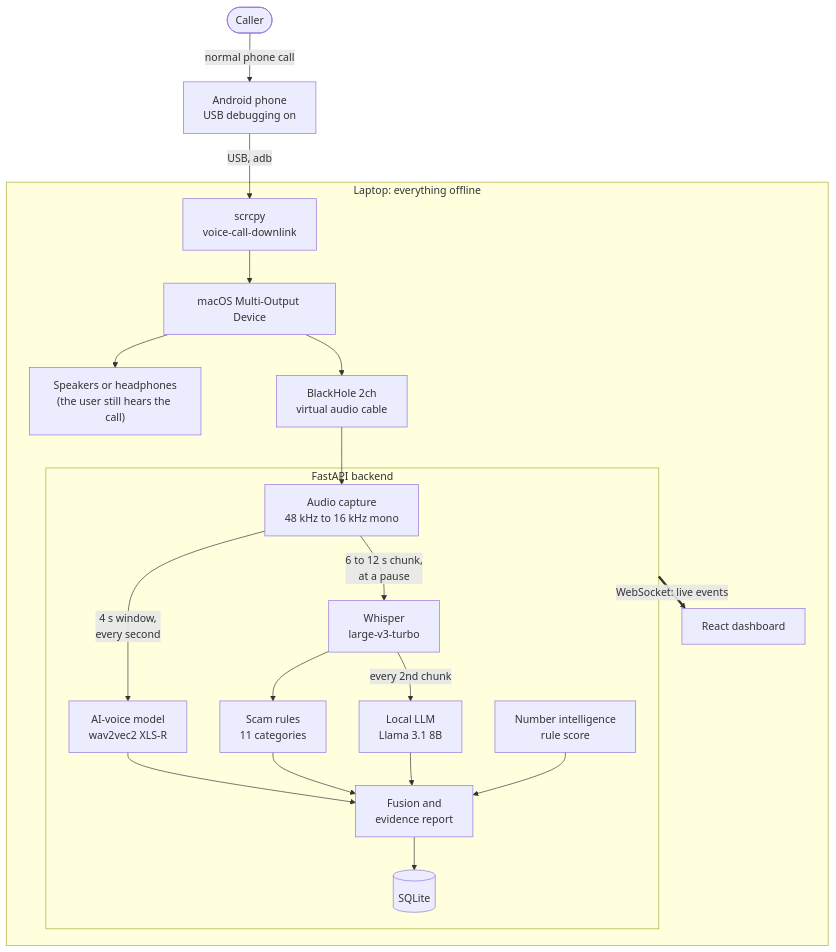
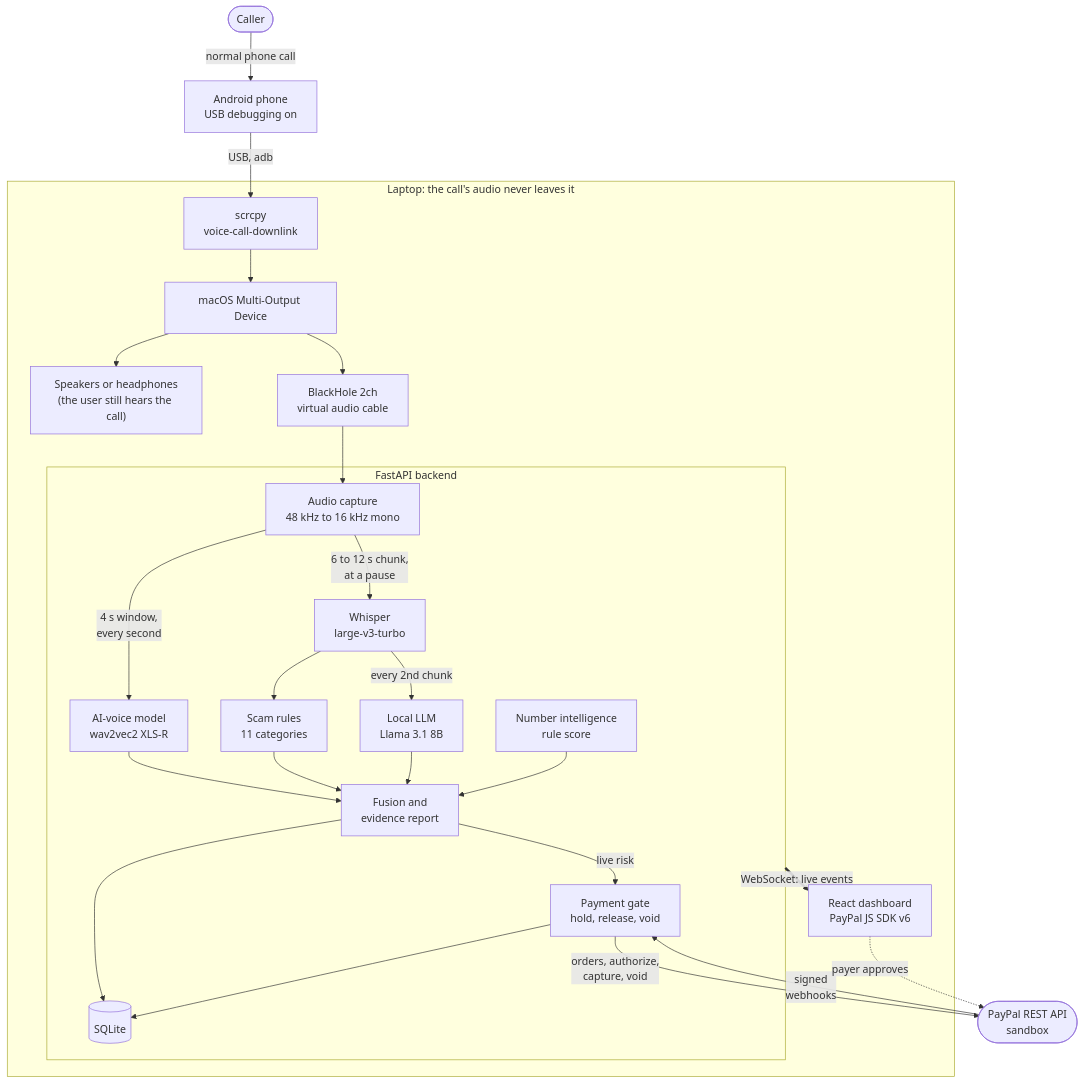
One commit to YADUNANDAN-SINGH/Veracity changed the third of 11 diagrams in README.md. Above: the diagram before and after it, drawn with Mermaid. The commit also changed other lines of this file and 15 other files, not shown here.

First line of the commit message:
Judge-ready README and PayPal setup guide; safer holds; recorded replays

````diff
--- a/README.md
+++ b/README.md
@@ -126,28 +197,34 @@
 ```mermaid
 flowchart TB
     CALLER(["Caller"]) -- "normal phone call" --> PHONE["Android phone<br/>USB debugging on"]
     PHONE -- "USB, adb" --> SCRCPY["scrcpy<br/>voice-call-downlink"]
 
-    subgraph LAPTOP["Laptop: everything offline"]
+    subgraph LAPTOP["Laptop: the call's audio never leaves it"]
         SCRCPY --> MOD["macOS Multi-Output Device"]
         MOD --> SPK["Speakers or headphones<br/>(the user still hears the call)"]
         MOD --> BH["BlackHole 2ch<br/>virtual audio cable"]
 
         subgraph BACKEND["FastAPI backend"]
             CAP["Audio capture<br/>48 kHz to 16 kHz mono"]
             CAP -- "4 s window,<br/>every second" --> VOICE["AI-voice model<br/>wav2vec2 XLS-R"]
             CAP -- "6 to 12 s chunk,<br/>at a pause" --> STT["Whisper<br/>large-v3-turbo"]
             STT --> RULES["Scam rules<br/>11 categories"]
             STT -- "every 2nd chunk" --> LLM["Local LLM<br/>Llama 3.1 8B"]
             NUM["Number intelligence<br/>rule score"]
             VOICE --> FUSE["Fusion and<br/>evidence report"]
             RULES --> FUSE
             LLM --> FUSE
             NUM --> FUSE
             FUSE --> DB[("SQLite")]
+            FUSE -- "live risk" --> GATE["Payment gate<br/>hold, release, void"]
+            GATE --> DB
         end
 
         BH --> CAP
-        BACKEND == "WebSocket: live events" ==> UI["React dashboard"]
+        BACKEND == "WebSocket: live events" ==> UI["React dashboard<br/>PayPal JS SDK v6"]
     end
+
+    GATE -- "orders, authorize,<br/>capture, void" --> PAYPAL(["PayPal REST API<br/>sandbox"])
+    PAYPAL -- "signed<br/>webhooks" --> GATE
+    UI -. "payer approves" .-> PAYPAL
 ```
````
